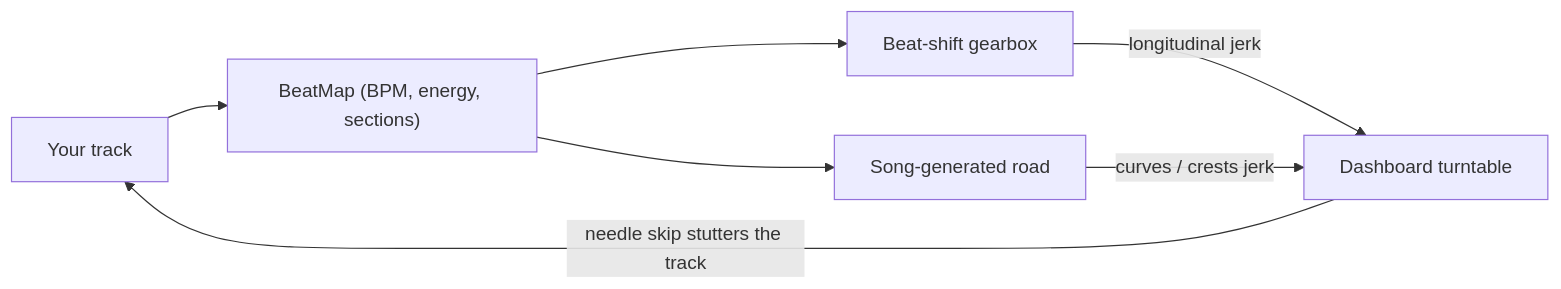
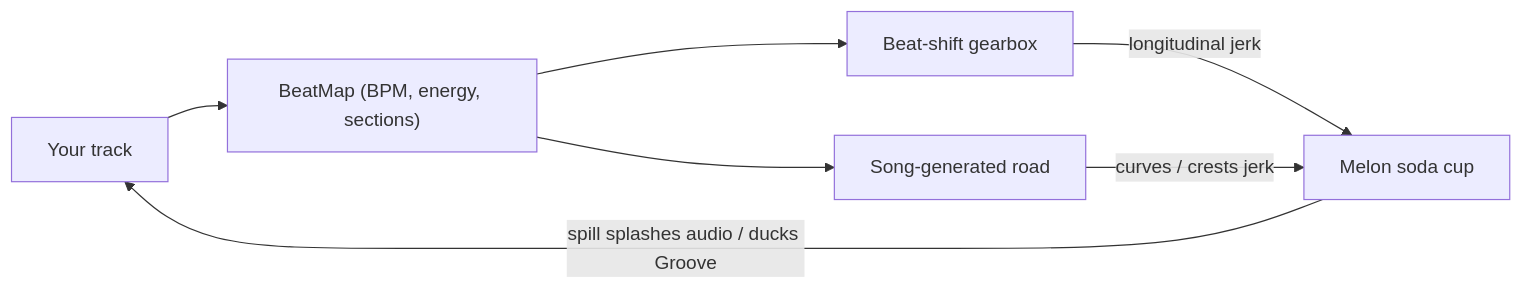
The diagram in docs/DESIGN.md (lenzinif/mayonaka-cassette), drawn with Mermaid before and after one commit. The commit also changed other lines of this file and 9 other files, not shown here.

Commit message:
feat(m4): implement deterministic SongRoadGenerator, RoadChunks catalog and SeededRandom

````diff
--- a/docs/DESIGN.md
+++ b/docs/DESIGN.md
@@ -14,9 +14,9 @@
 ```mermaid
 flowchart LR
   song["Your track"] --> analysis["BeatMap (BPM, energy, sections)"]
   analysis --> road["Song-generated road"]
   analysis --> shift["Beat-shift gearbox"]
-  shift -- "longitudinal jerk" --> deck["Dashboard turntable"]
-  road -- "curves / crests jerk" --> deck
-  deck -- "needle skip stutters the track" --> song
+  shift -- "longitudinal jerk" --> soda["Melon soda cup"]
+  road -- "curves / crests jerk" --> soda
+  soda -- "spill splashes audio / ducks Groove" --> song
 ```
````
